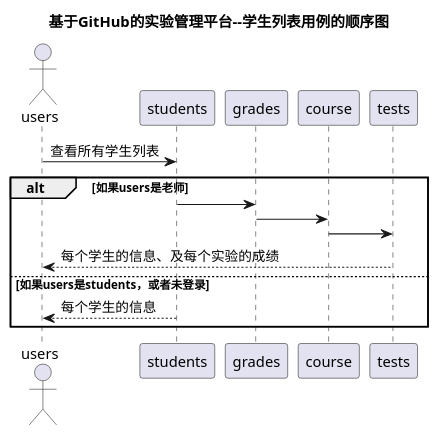
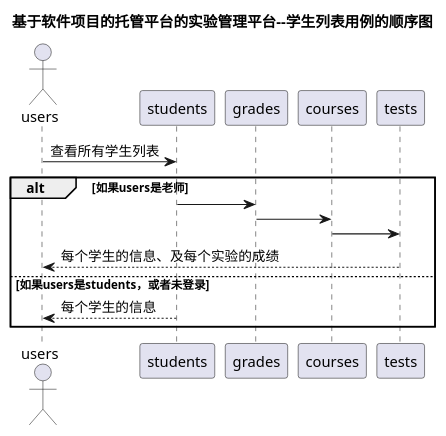
Before and after one commit to WwhKiller/is_analysis: the diagram in test6/src/sequence学生列表.puml, drawn with PlantUML. The commit also changed 16 other files, not shown here.

```diff
--- a/test6/src/sequence学生列表.puml
+++ b/test6/src/sequence学生列表.puml
@@ -1,14 +1,14 @@
 @startuml
-title 基于GitHub的实验管理平台--学生列表用例的顺序图
+title 基于软件项目的托管平台的实验管理平台--学生列表用例的顺序图
 actor users
 users -> students: 查看所有学生列表
 alt 如果users是老师
 	students -> grades
-	grades -> course
-	course -> tests
+	grades -> courses
+	courses -> tests
 	tests --> users:每个学生的信息、及每个实验的成绩
 else 如果users是students，或者未登录
     students --> users:每个学生的信息
 end
 
 @enduml
```
